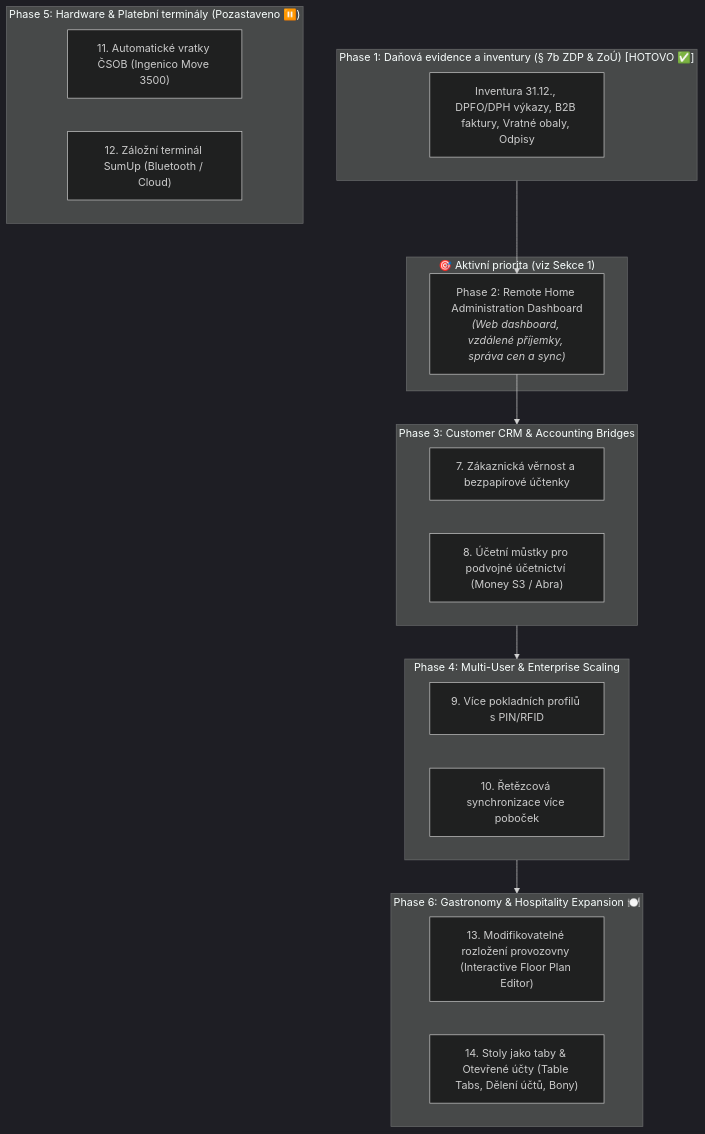
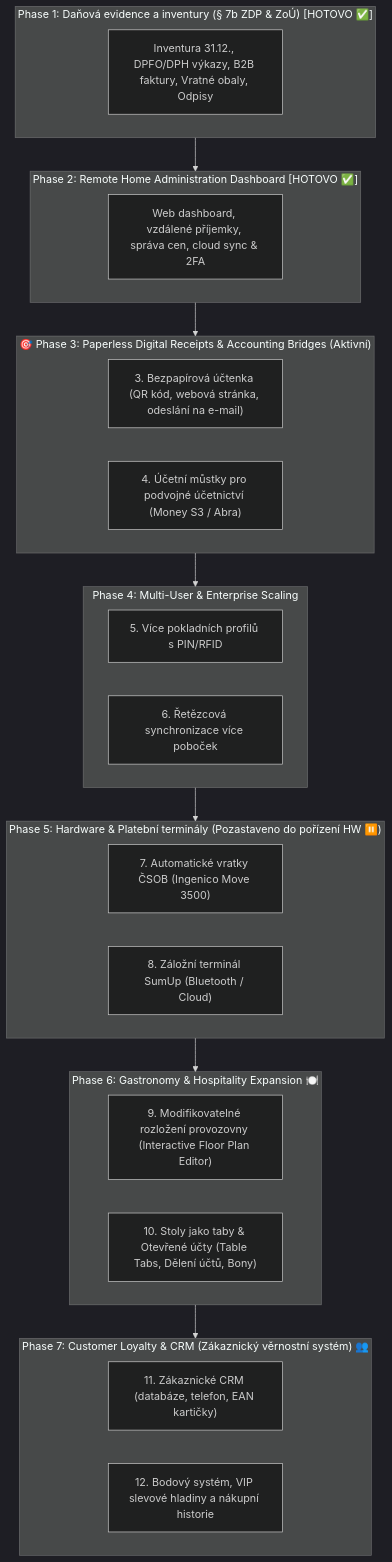
The second of 2 diagrams in docs/ROADMAP.md (MichalKhoa/pos-project), drawn with Mermaid (dark theme) before and after one commit. The commit also changed other lines of this file, not shown here.

Commit message:
docs: pivot Phase 3 to paperless QR receipts and move loyalty to end

````diff
--- a/docs/ROADMAP.md
+++ b/docs/ROADMAP.md
@@ -57,35 +58,42 @@
 ```mermaid
 flowchart TD
     subgraph Phase1Done["Phase 1: Daňová evidence a inventury (§ 7b ZDP & ZoÚ) [HOTOVO ✅]"]
         P1Done["Inventura 31.12., DPFO/DPH výkazy, B2B faktury, Vratné obaly, Odpisy"]
     end
 
-    subgraph Active["🎯 Aktivní priorita (viz Sekce 1)"]
-        Phase2["Phase 2: Remote Home Administration Dashboard<br/><i>(Web dashboard, vzdálené příjemky, správa cen a sync)</i>"]
+    subgraph Phase2Done["Phase 2: Remote Home Administration Dashboard [HOTOVO ✅]"]
+        P2Done["Web dashboard, vzdálené příjemky, správa cen, cloud sync & 2FA"]
     end
 
-    subgraph Phase3["Phase 3: Customer CRM & Accounting Bridges"]
-        P7["7. Zákaznická věrnost a bezpapírové účtenky"]
-        P8["8. Účetní můstky pro podvojné účetnictví (Money S3 / Abra)"]
+    subgraph Phase3["🎯 Phase 3: Paperless Digital Receipts & Accounting Bridges (Aktivní)"]
+        P3A["3. Bezpapírová účtenka (QR kód, webová stránka, odeslání na e-mail)"]
+        P3B["4. Účetní můstky pro podvojné účetnictví (Money S3 / Abra)"]
     end
 
     subgraph Phase4["Phase 4: Multi-User & Enterprise Scaling"]
-        P9["9. Více pokladních profilů s PIN/RFID"]
-        P10["10. Řetězcová synchronizace více poboček"]
+        P4A["5. Více pokladních profilů s PIN/RFID"]
+        P4B["6. Řetězcová synchronizace více poboček"]
     end
 
-    subgraph Phase5["Phase 5: Hardware & Platební terminály (Pozastaveno ⏸️)"]
-        P11["11. Automatické vratky ČSOB (Ingenico Move 3500)"]
-        P12["12. Záložní terminál SumUp (Bluetooth / Cloud)"]
+    subgraph Phase5["Phase 5: Hardware & Platební terminály (Pozastaveno do pořízení HW ⏸️)"]
+        P5A["7. Automatické vratky ČSOB (Ingenico Move 3500)"]
+        P5B["8. Záložní terminál SumUp (Bluetooth / Cloud)"]
     end
 
     subgraph Phase6["Phase 6: Gastronomy & Hospitality Expansion 🍽️"]
-        P13["13. Modifikovatelné rozložení provozovny (Interactive Floor Plan Editor)"]
-        P14["14. Stoly jako taby & Otevřené účty (Table Tabs, Dělení účtů, Bony)"]
+        P6A["9. Modifikovatelné rozložení provozovny (Interactive Floor Plan Editor)"]
+        P6B["10. Stoly jako taby & Otevřené účty (Table Tabs, Dělení účtů, Bony)"]
     end
 
-    Phase1Done --> Phase2
-    Phase2 --> Phase3
+    subgraph Phase7["Phase 7: Customer Loyalty & CRM (Zákaznický věrnostní systém) 👥"]
+        P7A["11. Zákaznické CRM (databáze, telefon, EAN kartičky)"]
+        P7B["12. Bodový systém, VIP slevové hladiny a nákupní historie"]
+    end
+
+    Phase1Done --> Phase2Done
+    Phase2Done --> Phase3
     Phase3 --> Phase4
-    Phase4 --> Phase6
+    Phase4 --> Phase5
+    Phase5 --> Phase6
+    Phase6 --> Phase7
 ```
````
